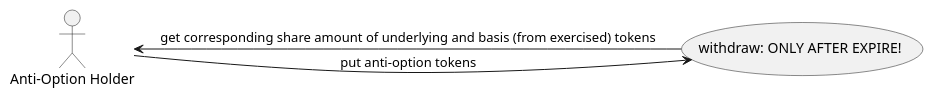
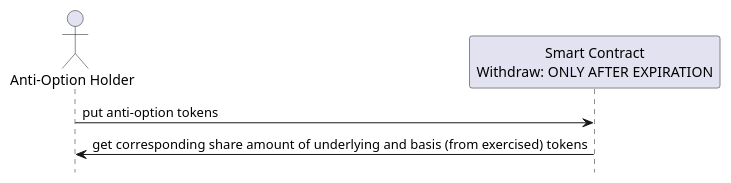
Before and after one commit to mxn/eth_option: the diagram in docs/dias/withdraw.puml, drawn with PlantUML. The commit also changed 5 other files, not shown here.

```diff
--- a/docs/dias/withdraw.puml
+++ b/docs/dias/withdraw.puml
@@ -1,9 +1,9 @@
 @startuml
-:Anti-Option Holder: as Holder
-(withdraw: ONLY AFTER EXPIRE!) as (withdraw)
+Actor "Anti-Option Holder" as Holder
+participant "Smart Contract\nWithdraw: ONLY AFTER EXPIRATION" as withdraw
 
-Holder -> (withdraw): put anti-option tokens
+Holder -> withdraw: put anti-option tokens
+withdraw -> Holder: get corresponding share amount of underlying and basis (from exercised) tokens
 
-(withdraw) -> Holder: get corresponding share amount of underlying and basis (from exercised) tokens
-
+hide footbox
 @enduml
```
